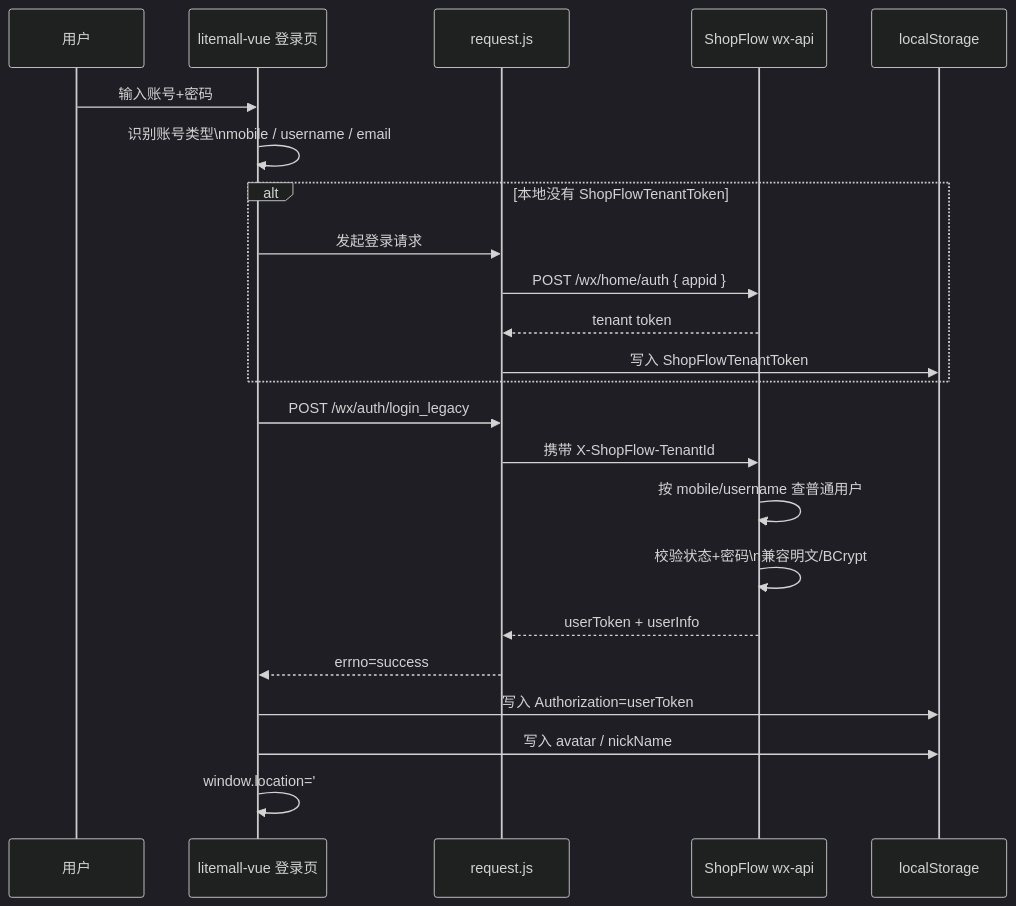
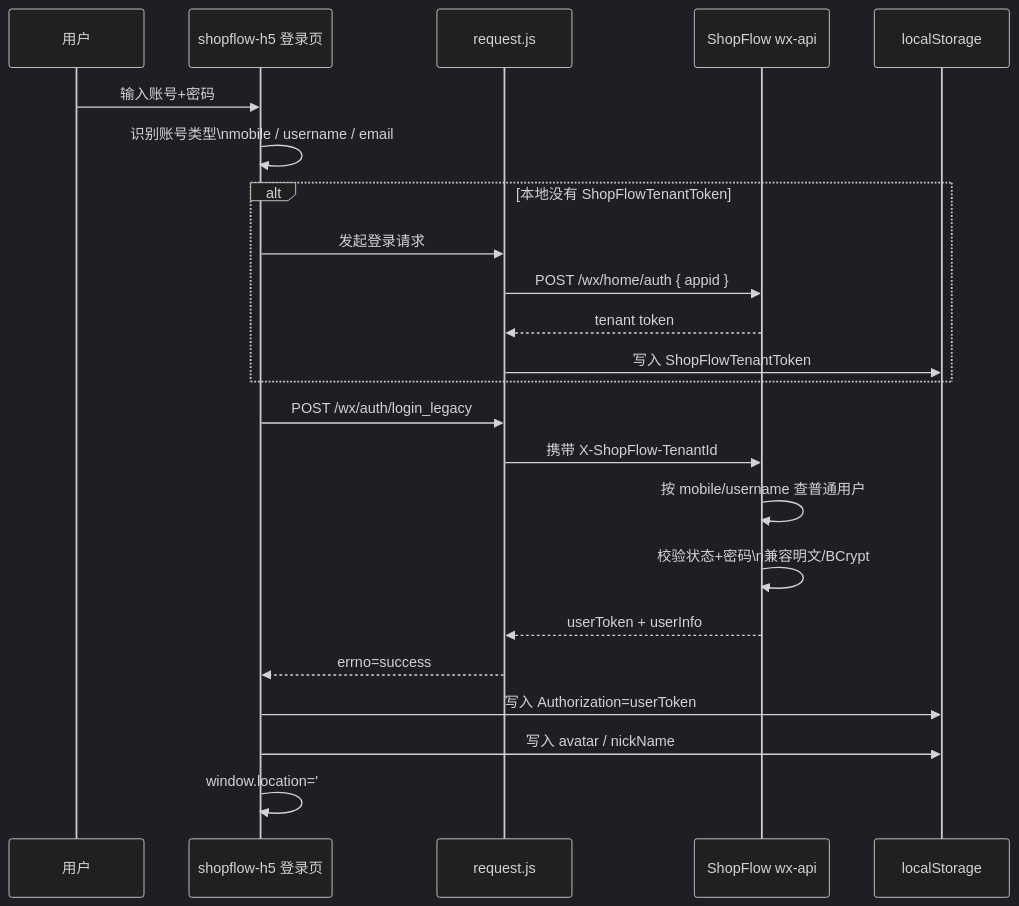
The diagram in README.md (XiaoLu-lin/shopFlow), drawn with Mermaid (dark theme) before and after one commit. The commit also changed other lines of this file and 107 other files, not shown here.

````diff
--- a/README.md
+++ b/README.md
@@ -146,29 +146,29 @@
 ```mermaid
 sequenceDiagram
     participant U as 用户
-    participant H5 as litemall-vue 登录页
+    participant H5 as shopflow-h5 登录页
     participant Req as request.js
     participant WX as ShopFlow wx-api
     participant LS as localStorage
 
     U->>H5: 输入账号+密码
     H5->>H5: 识别账号类型\nmobile / username / email
 
     alt 本地没有 ShopFlowTenantToken
         H5->>Req: 发起登录请求
         Req->>WX: POST /wx/home/auth { appid }
         WX-->>Req: tenant token
         Req->>LS: 写入 ShopFlowTenantToken
     end
 
     H5->>Req: POST /wx/auth/login_legacy
     Req->>WX: 携带 X-ShopFlow-TenantId
     WX->>WX: 按 mobile/username 查普通用户
     WX->>WX: 校验状态+密码\n兼容明文/BCrypt
     WX-->>Req: userToken + userInfo
     Req-->>H5: errno=success
 
     H5->>LS: 写入 Authorization=userToken
     H5->>LS: 写入 avatar / nickName
     H5->>H5: window.location='#/user/'
 ```
````
